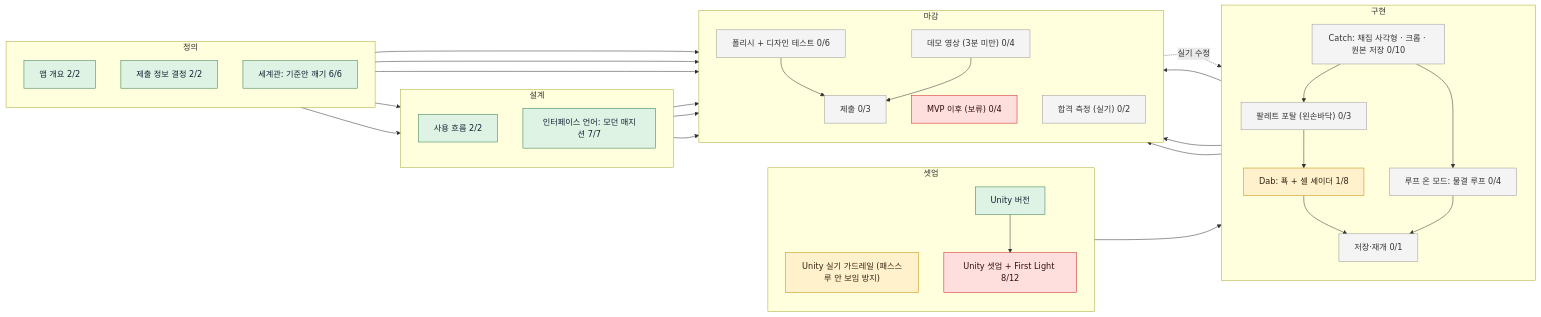
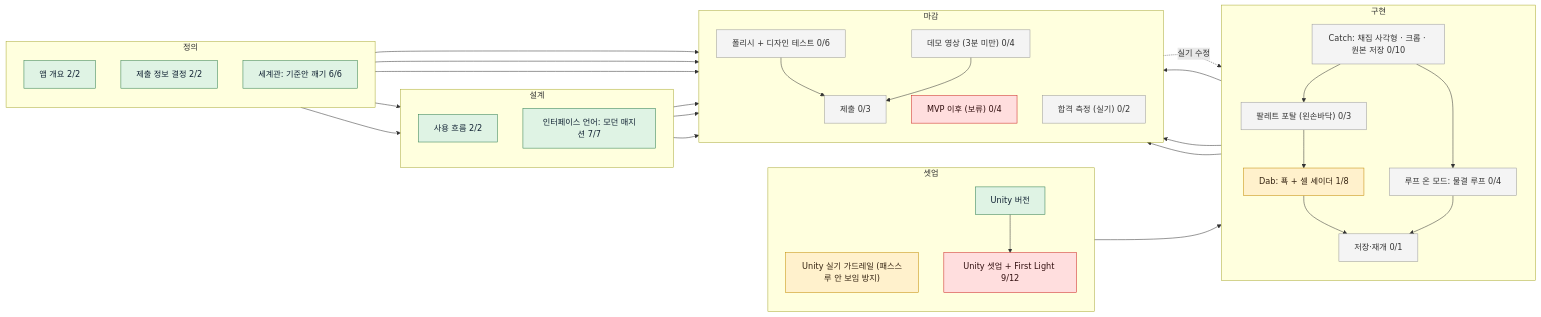
The diagram in board/BOARD.md (reality404studio/meta-mr-picker), drawn with Mermaid before and after one commit. The commit also changed other lines of this file and 1 other file, not shown here.

Commit message:
보드: setup-testharness 검증 완료 (Verifier)

````diff
--- a/board/BOARD.md
+++ b/board/BOARD.md
@@ -18,63 +18,63 @@
 ```mermaid
 flowchart LR
   subgraph s_define["정의"]
     direction TB
     brief["앱 개요 2/2"]:::done
     submit_meta["제출 정보 결정 2/2"]:::done
     world["세계관: 기준안 깨기 6/6"]:::done
   end
   subgraph s_design["설계"]
     direction TB
     usage_flow["사용 흐름 2/2"]:::done
     interface["인터페이스 언어: 모던 매지션 7/7"]:::done
   end
   subgraph s_prototype["셋업"]
     direction TB
     use_unity_guardrails["Unity 실기 가드레일 (패스스루 안 보임 방지)"]:::doing
     use_unity_version["Unity 버전"]:::done
-    setup["Unity 셋업 + First Light 8/12"]:::blocked
+    setup["Unity 셋업 + First Light 9/12"]:::blocked
   end
   subgraph s_build["구현"]
     direction TB
     catch["Catch: 채집 사각형 · 크롭 · 원본 저장 0/10"]:::todo
     loop["루프 온 모드: 물결 루프 0/4"]:::todo
     portal["팔레트 포탈 (왼손바닥) 0/3"]:::todo
     dab["Dab: 푝 + 셀 셰이더 1/8"]:::doing
     export["저장·재개 0/1"]:::todo
   end
   subgraph s_review["마감"]
     direction TB
     polish["폴리시 + 디자인 테스트 0/6"]:::todo
     demo_video["데모 영상 (3분 미만) 0/4"]:::todo
     submit["제출 0/3"]:::todo
     post_mvp["MVP 이후 (보류) 0/4"]:::blocked
     acceptance["합격 측정 (실기) 0/2"]:::todo
   end
   brief --> usage_flow
   use_unity_version --> setup
   setup --> catch
   catch --> loop
   catch --> portal
   portal --> dab
   dab --> export
   loop --> export
   export --> polish
   usage_flow --> polish
   catch --> demo_video
   polish --> submit
   demo_video --> submit
   submit_meta --> submit
   polish -.->|실기 수정| dab
   world --> demo_video
   world --> polish
   world --> interface
   interface --> polish
   interface --> demo_video
   dab --> acceptance
   classDef done fill:#dff3e4,stroke:#2e7d4f,color:#123
   classDef doing fill:#fff1cc,stroke:#c28a00,color:#321
   classDef review fill:#ece4ff,stroke:#6a4fc2,color:#213
   classDef proof fill:#dceaff,stroke:#3f7fd6,color:#123
   classDef todo fill:#f4f4f4,stroke:#999,color:#333
   classDef blocked fill:#ffdede,stroke:#c22,color:#311
 ```
````
